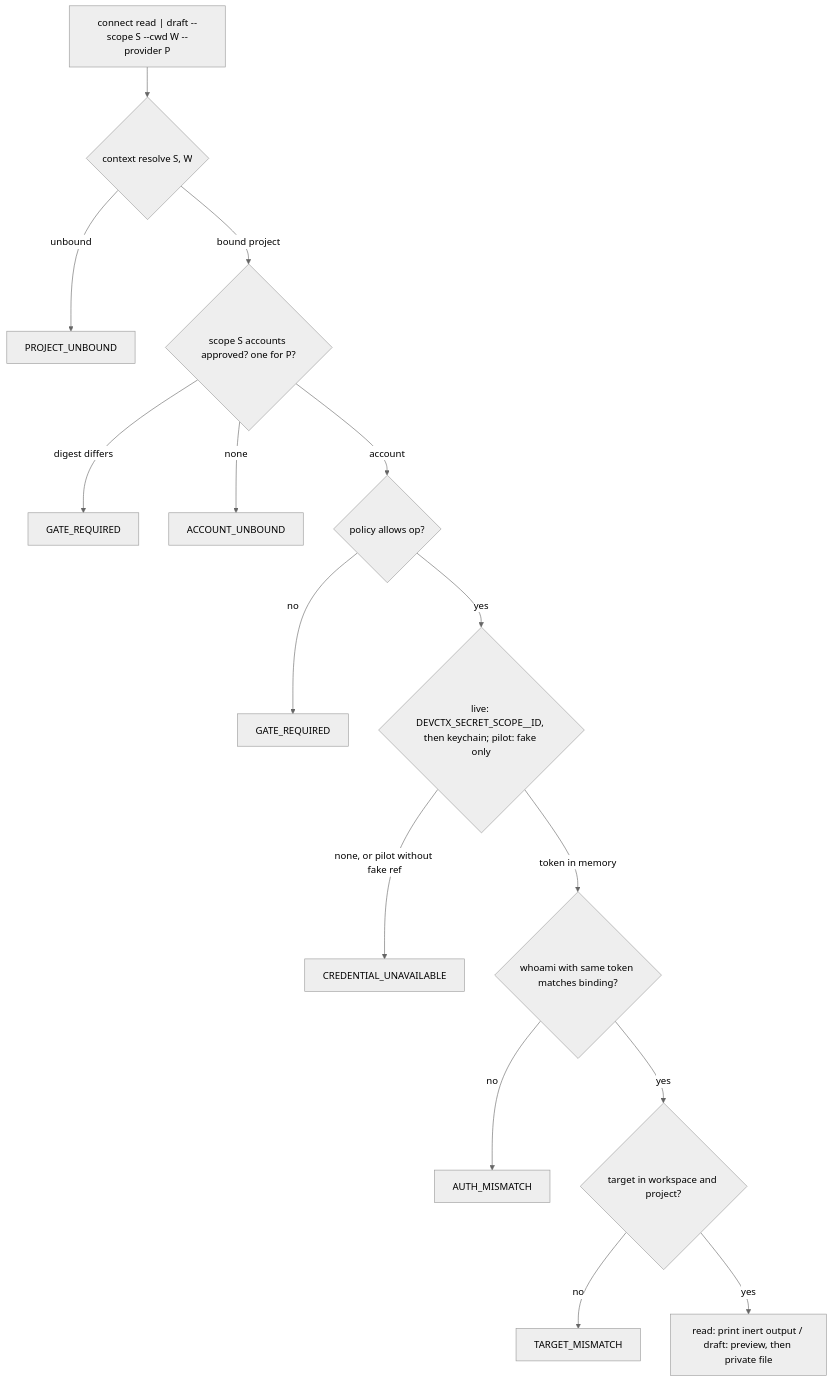
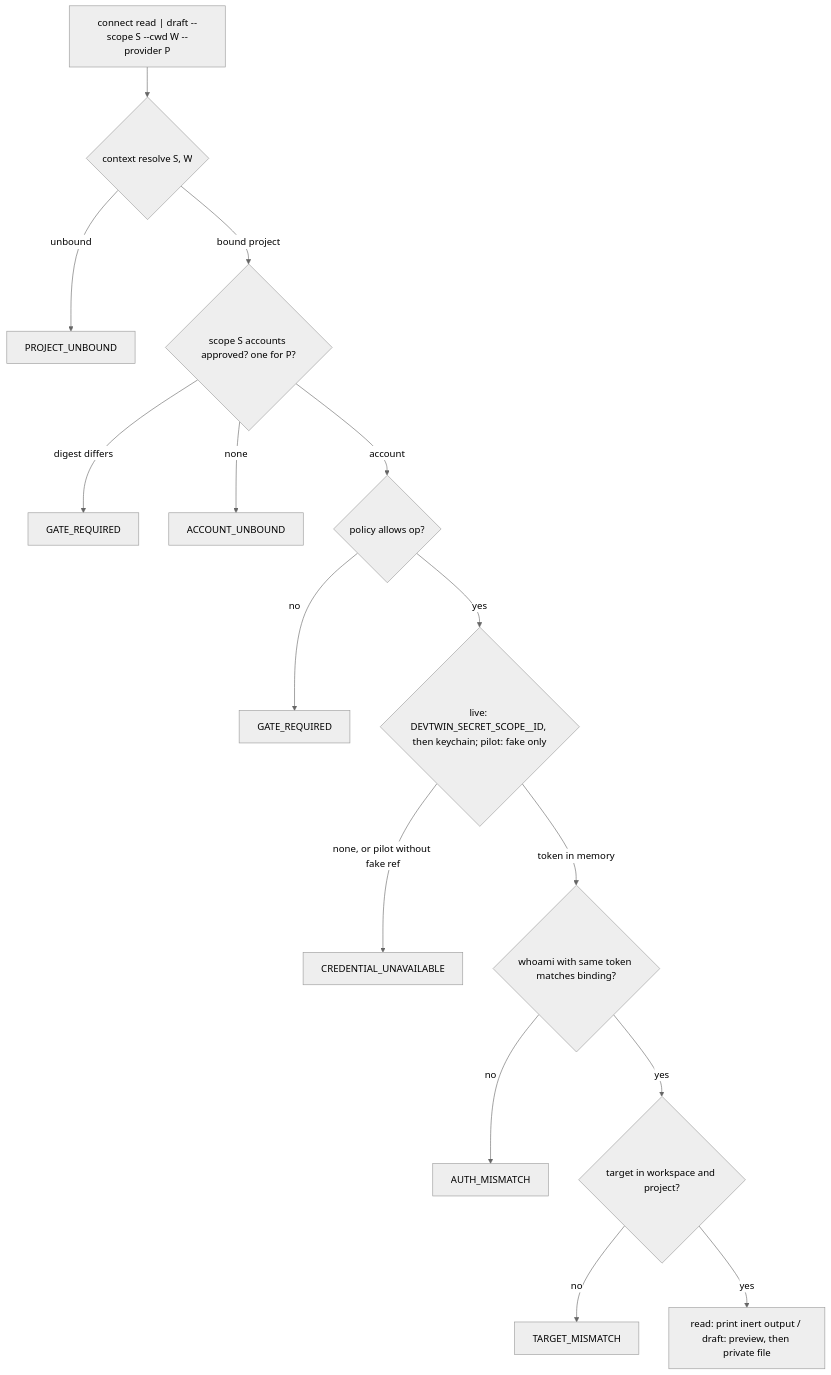
Before and after one commit to sundharesan11/developer-context-kit: the first of 3 diagrams in docs/plans/2026-10-17-001-feat-organization-identity-routing-plan.md, drawn with Mermaid (neutral theme). The commit also changed other lines of this file and 212 other files, not shown here.

First line of the commit message:
Rename the product from devctx to devtwin

````diff
--- a/docs/plans/2026-10-17-001-feat-organization-identity-routing-plan.md
+++ b/docs/plans/2026-10-17-001-feat-organization-identity-routing-plan.md
@@ -176,17 +176,17 @@
 ```mermaid
 flowchart TB
   C["connect read | draft --scope S --cwd W --provider P"] --> R{"context resolve S, W"}
   R -->|unbound| X0[PROJECT_UNBOUND]
   R -->|bound project| A{"scope S accounts approved? one for P?"}
   A -->|digest differs| X1[GATE_REQUIRED]
   A -->|none| X2[ACCOUNT_UNBOUND]
   A -->|account| G{"policy allows op?"}
   G -->|no| X3[GATE_REQUIRED]
-  G -->|yes| S{"live: DEVCTX_SECRET_SCOPE__ID, then keychain; pilot: fake only"}
+  G -->|yes| S{"live: DEVTWIN_SECRET_SCOPE__ID, then keychain; pilot: fake only"}
   S -->|none, or pilot without fake ref| X4[CREDENTIAL_UNAVAILABLE]
   S -->|token in memory| W{"whoami with same token matches binding?"}
   W -->|no| X5[AUTH_MISMATCH]
   W -->|yes| T{"target in workspace and project?"}
   T -->|no| X6[TARGET_MISMATCH]
   T -->|yes| O[read: print inert output / draft: preview, then private file]
 ```
````
